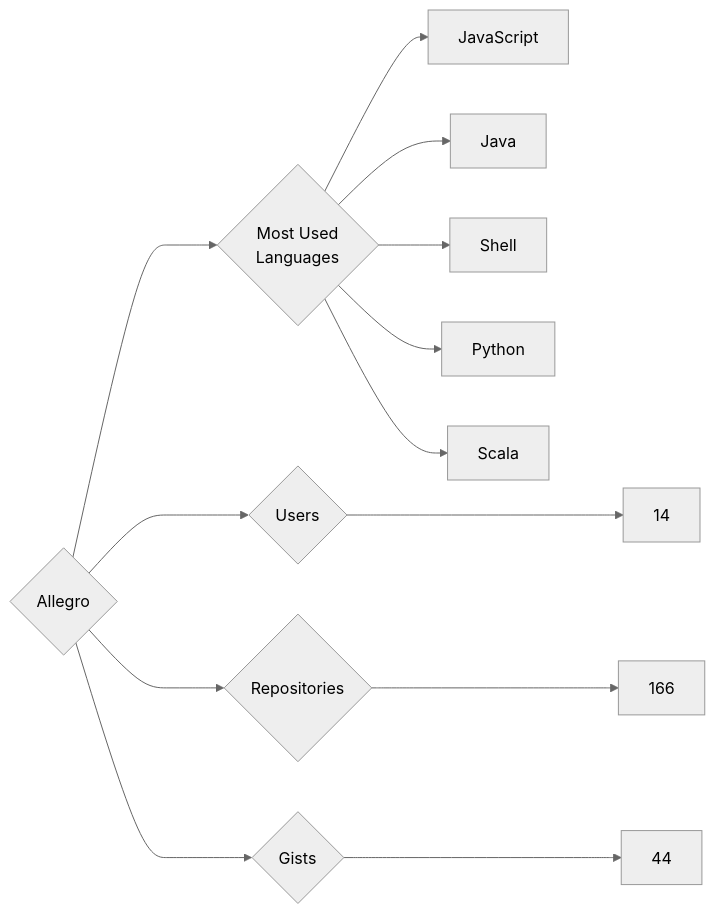
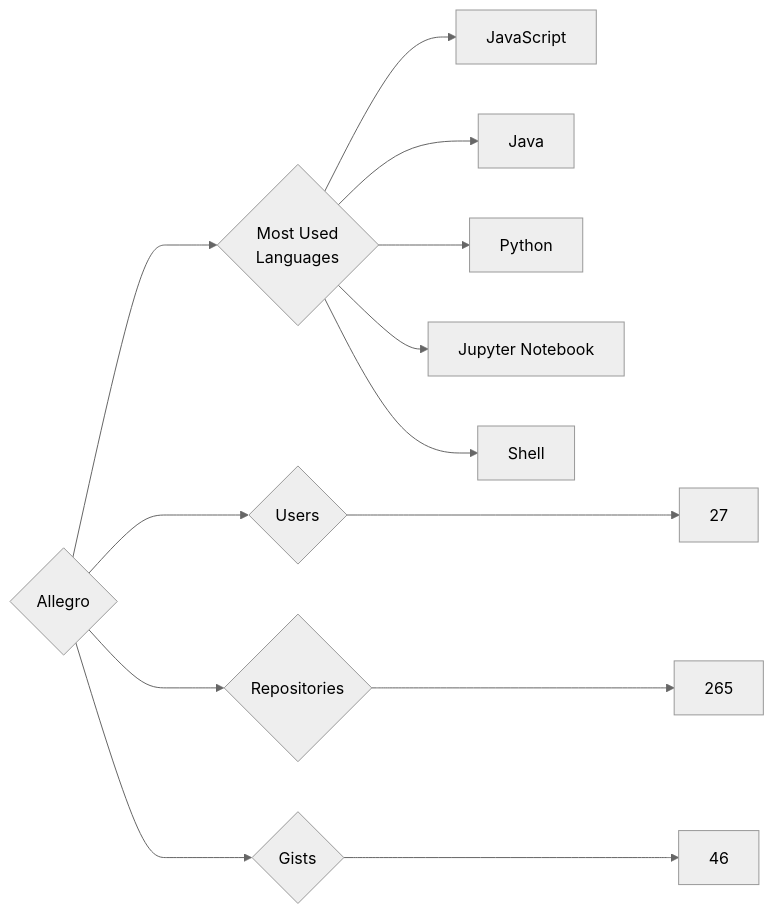
The diagram in targets/Allegro/README.md (trickest/insiders), drawn with Mermaid (neutral theme) before and after one commit. The commit also changed 826 other files, not shown here.

````diff
--- a/targets/Allegro/README.md
+++ b/targets/Allegro/README.md
@@ -3,13 +3,13 @@
 ```mermaid
 graph LR
 COMPANY_NAME{Allegro}
-COMPANY_NAME ---> U{Users} ---> UN[14]
-COMPANY_NAME ---> R{Repositories} ---> RN[166]
-COMPANY_NAME ---> G{Gists} ---> GN[44]
+COMPANY_NAME ---> U{Users} ---> UN[27]
+COMPANY_NAME ---> R{Repositories} ---> RN[265]
+COMPANY_NAME ---> G{Gists} ---> GN[46]
 COMPANY_NAME ---> ML{Most Used<br>Languages}
 ML --> JavaScript[JavaScript]
 ML --> Java[Java]
+ML --> Python[Python]
+ML --> Jupyter_Notebook[Jupyter Notebook]
 ML --> Shell[Shell]
-ML --> Python[Python]
-ML --> Scala[Scala]
 ```
````
